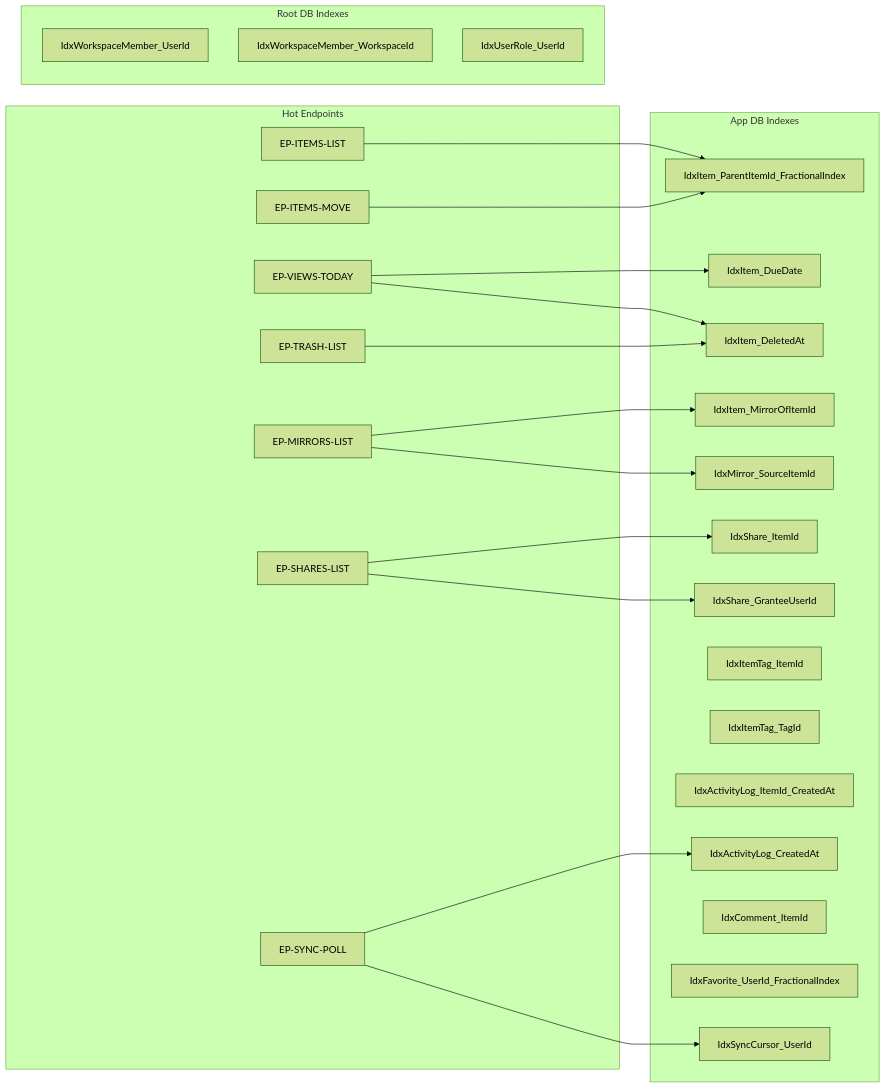
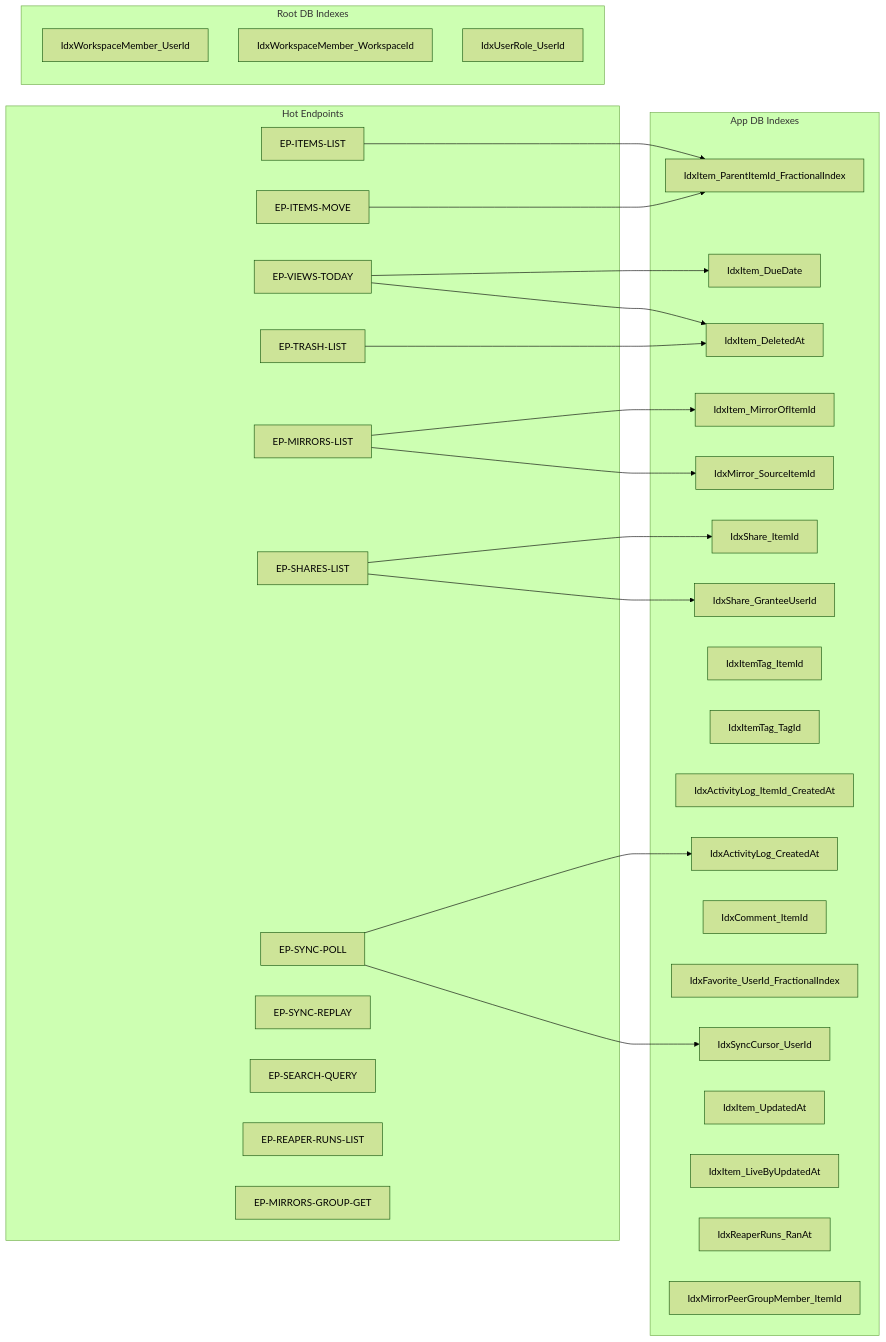
The diagram in spec/31-app/07-db-diagram/06-indexes.md (alimtvnetwork/workflowy-v3), drawn with Mermaid (forest theme) before and after one commit. The commit also changed other lines of this file and 1 other file, not shown here.

````diff
--- a/spec/31-app/07-db-diagram/06-indexes.md
+++ b/spec/31-app/07-db-diagram/06-indexes.md
@@ -19,47 +19,55 @@
 ```mermaid
 flowchart LR
     subgraph "Hot Endpoints"
         E1[EP-ITEMS-LIST]
         E2[EP-ITEMS-MOVE]
         E3[EP-VIEWS-TODAY]
         E4[EP-TRASH-LIST]
         E5[EP-MIRRORS-LIST]
         E6[EP-SHARES-LIST]
         E7[EP-SYNC-POLL]
+        E8[EP-SYNC-REPLAY]
+        E9[EP-SEARCH-QUERY]
+        E10[EP-REAPER-RUNS-LIST]
+        E11[EP-MIRRORS-GROUP-GET]
     end
 
     subgraph "App DB Indexes"
         I1[IdxItem_ParentItemId_FractionalIndex]
         I2[IdxItem_DueDate]
         I3[IdxItem_DeletedAt]
         I4[IdxItem_MirrorOfItemId]
         I5[IdxMirror_SourceItemId]
         I6[IdxShare_ItemId]
         I7[IdxShare_GranteeUserId]
         I8[IdxItemTag_ItemId]
         I9[IdxItemTag_TagId]
         I10[IdxActivityLog_ItemId_CreatedAt]
         I11[IdxActivityLog_CreatedAt]
         I12[IdxComment_ItemId]
         I13[IdxFavorite_UserId_FractionalIndex]
         I14[IdxSyncCursor_UserId]
+        I15[IdxItem_UpdatedAt]
+        I16[IdxItem_LiveByUpdatedAt]
+        I17[IdxReaperRuns_RanAt]
+        I18[IdxMirrorPeerGroupMember_ItemId]
     end
 
     subgraph "Root DB Indexes"
         R1[IdxWorkspaceMember_UserId]
         R2[IdxWorkspaceMember_WorkspaceId]
         R3[IdxUserRole_UserId]
     end
 
     E1 --> I1
     E2 --> I1
     E3 --> I2
     E3 --> I3
     E4 --> I3
     E5 --> I5
     E5 --> I4
     E6 --> I6
     E6 --> I7
     E7 --> I11
     E7 --> I14
 ```
````
